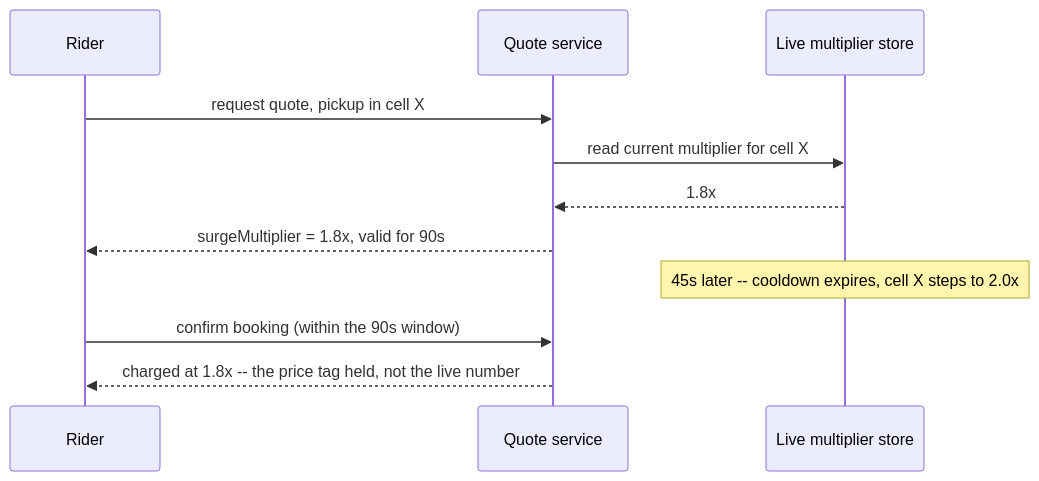
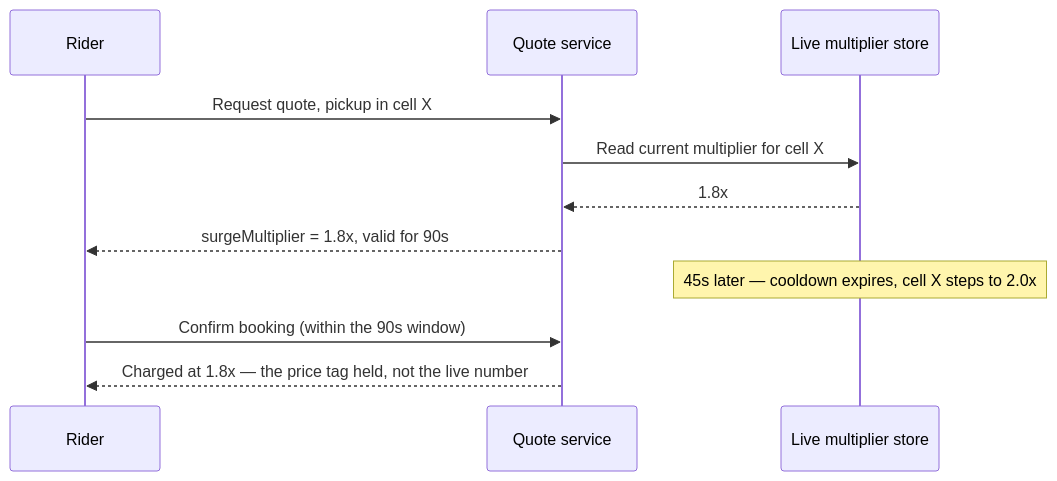
Before and after one commit to riyaz-pasha/Learnings: the tenth of 13 diagrams in system-design/HLD/0-course/53-Design-Uber-Surge-Pricing-Engine-FAANG-Guide-story.md, drawn with Mermaid. The commit also changed other lines of this file and 1 other file, not shown here.

Commit message:
[REWRITE] Uber Surge Pricing Engine story guide: simplify prose, add structure, fix diagrams

````diff
--- a/system-design/HLD/0-course/53-Design-Uber-Surge-Pricing-Engine-FAANG-Guide-story.md
+++ b/system-design/HLD/0-course/53-Design-Uber-Surge-Pricing-Engine-FAANG-Guide-story.md
@@ -221,14 +477,14 @@
 ```mermaid
 sequenceDiagram
     participant Rider
     participant Quote as Quote service
     participant Store as Live multiplier store
 
-    Rider->>Quote: request quote, pickup in cell X
-    Quote->>Store: read current multiplier for cell X
+    Rider->>Quote: Request quote, pickup in cell X
+    Quote->>Store: Read current multiplier for cell X
     Store-->>Quote: 1.8x
     Quote-->>Rider: surgeMultiplier = 1.8x, valid for 90s
-    Note over Store: 45s later -- cooldown expires, cell X steps to 2.0x
-    Rider->>Quote: confirm booking (within the 90s window)
-    Quote-->>Rider: charged at 1.8x -- the price tag held, not the live number
+    Note over Store: 45s later — cooldown expires, cell X steps to 2.0x
+    Rider->>Quote: Confirm booking (within the 90s window)
+    Quote-->>Rider: Charged at 1.8x — the price tag held, not the live number
 ```
````
